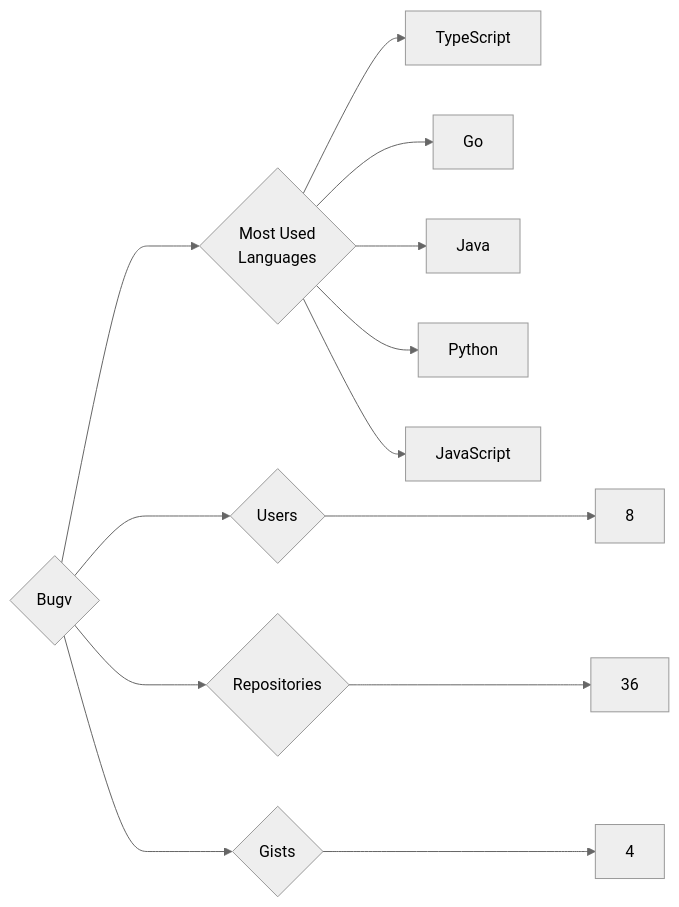
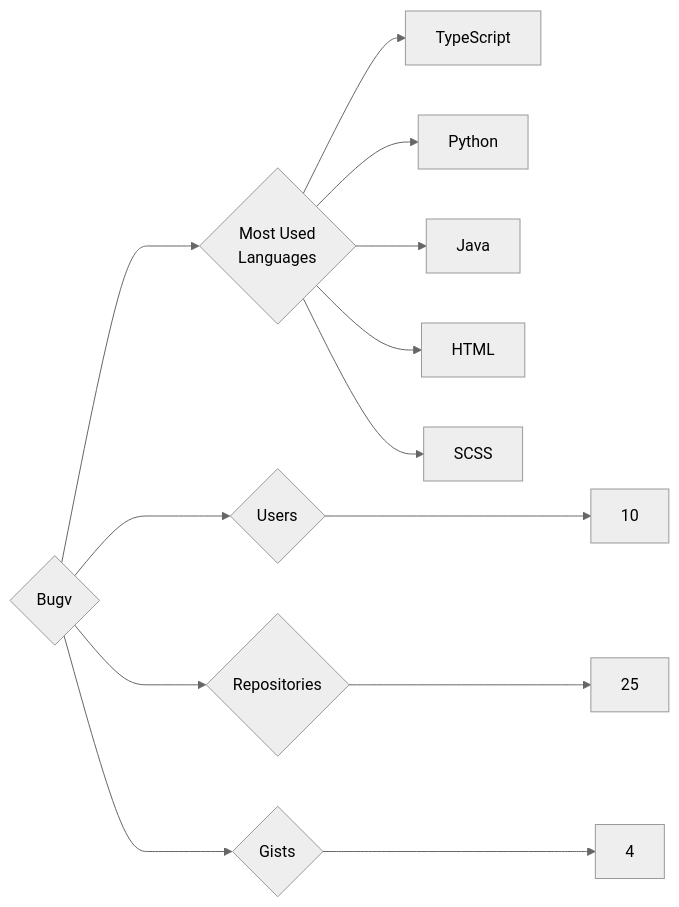
The diagram in targets/Bugv/README.md (trickest/insiders), drawn with Mermaid (neutral theme) before and after one commit. The commit also changed 1089 other files, not shown here.

````diff
--- a/targets/Bugv/README.md
+++ b/targets/Bugv/README.md
@@ -3,13 +3,13 @@
 ```mermaid
 graph LR
 COMPANY_NAME{Bugv}
-COMPANY_NAME ---> U{Users} ---> UN[8]
-COMPANY_NAME ---> R{Repositories} ---> RN[36]
+COMPANY_NAME ---> U{Users} ---> UN[10]
+COMPANY_NAME ---> R{Repositories} ---> RN[25]
 COMPANY_NAME ---> G{Gists} ---> GN[4]
 COMPANY_NAME ---> ML{Most Used<br>Languages}
 ML --> TypeScript[TypeScript]
-ML --> Go[Go]
+ML --> Python[Python]
 ML --> Java[Java]
-ML --> Python[Python]
-ML --> JavaScript[JavaScript]
+ML --> HTML[HTML]
+ML --> SCSS[SCSS]
 ```
````
